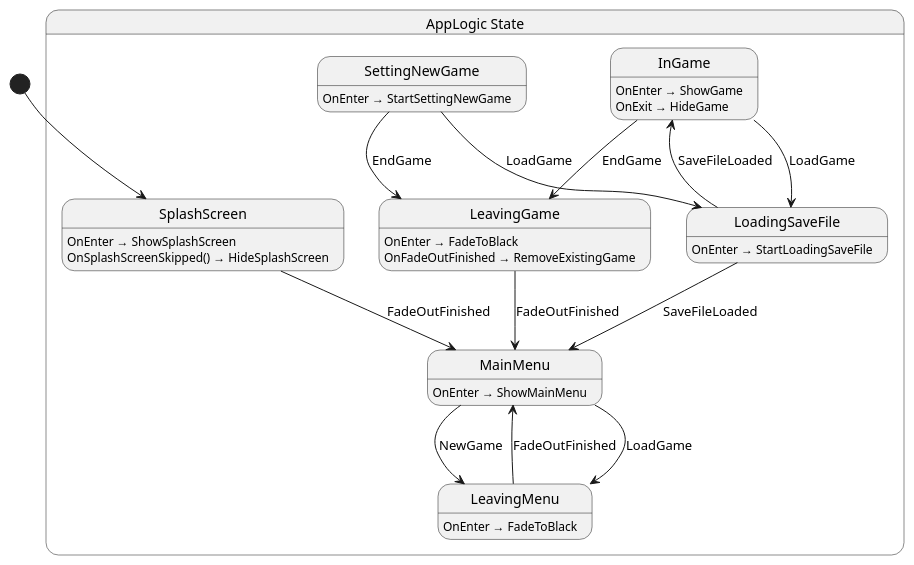
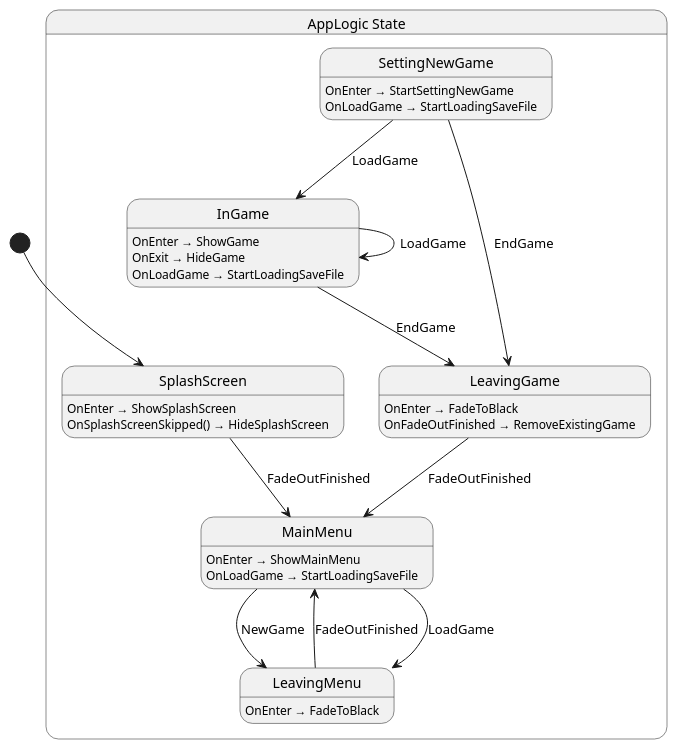
One commit to L-Bromine/Nanomachine changed the diagram in src/app/state/AppLogic.g.puml. Above: the diagram before and after it, drawn with PlantUML. The commit also changed 9 other files, not shown here.

First line of the commit message:
Refactor save file loading state logic

```diff
--- a/src/app/state/AppLogic.g.puml
+++ b/src/app/state/AppLogic.g.puml
@@ -1,36 +1,35 @@
 @startuml AppLogic
 state "AppLogic State" as Nanomachine_AppLogic_State {
   state "InGame" as Nanomachine_AppLogic_State_InGame
   state "LeavingGame" as Nanomachine_AppLogic_State_LeavingGame
   state "LeavingMenu" as Nanomachine_AppLogic_State_LeavingMenu
-  state "LoadingSaveFile" as Nanomachine_AppLogic_State_LoadingSaveFile
   state "MainMenu" as Nanomachine_AppLogic_State_MainMenu
   state "SettingNewGame" as Nanomachine_AppLogic_State_SettingNewGame
   state "SplashScreen" as Nanomachine_AppLogic_State_SplashScreen
 }
 
+Nanomachine_AppLogic_State_InGame --> Nanomachine_AppLogic_State_InGame : LoadGame
 Nanomachine_AppLogic_State_InGame --> Nanomachine_AppLogic_State_LeavingGame : EndGame
-Nanomachine_AppLogic_State_InGame --> Nanomachine_AppLogic_State_LoadingSaveFile : LoadGame
 Nanomachine_AppLogic_State_LeavingGame --> Nanomachine_AppLogic_State_MainMenu : FadeOutFinished
 Nanomachine_AppLogic_State_LeavingMenu --> Nanomachine_AppLogic_State_MainMenu : FadeOutFinished
-Nanomachine_AppLogic_State_LoadingSaveFile --> Nanomachine_AppLogic_State_InGame : SaveFileLoaded
-Nanomachine_AppLogic_State_LoadingSaveFile --> Nanomachine_AppLogic_State_MainMenu : SaveFileLoaded
 Nanomachine_AppLogic_State_MainMenu --> Nanomachine_AppLogic_State_LeavingMenu : LoadGame
 Nanomachine_AppLogic_State_MainMenu --> Nanomachine_AppLogic_State_LeavingMenu : NewGame
+Nanomachine_AppLogic_State_SettingNewGame --> Nanomachine_AppLogic_State_InGame : LoadGame
 Nanomachine_AppLogic_State_SettingNewGame --> Nanomachine_AppLogic_State_LeavingGame : EndGame
-Nanomachine_AppLogic_State_SettingNewGame --> Nanomachine_AppLogic_State_LoadingSaveFile : LoadGame
 Nanomachine_AppLogic_State_SplashScreen --> Nanomachine_AppLogic_State_MainMenu : FadeOutFinished
 
 Nanomachine_AppLogic_State_InGame : OnEnter → ShowGame
 Nanomachine_AppLogic_State_InGame : OnExit → HideGame
+Nanomachine_AppLogic_State_InGame : OnLoadGame → StartLoadingSaveFile
 Nanomachine_AppLogic_State_LeavingGame : OnEnter → FadeToBlack
 Nanomachine_AppLogic_State_LeavingGame : OnFadeOutFinished → RemoveExistingGame
 Nanomachine_AppLogic_State_LeavingMenu : OnEnter → FadeToBlack
-Nanomachine_AppLogic_State_LoadingSaveFile : OnEnter → StartLoadingSaveFile
 Nanomachine_AppLogic_State_MainMenu : OnEnter → ShowMainMenu
+Nanomachine_AppLogic_State_MainMenu : OnLoadGame → StartLoadingSaveFile
 Nanomachine_AppLogic_State_SettingNewGame : OnEnter → StartSettingNewGame
+Nanomachine_AppLogic_State_SettingNewGame : OnLoadGame → StartLoadingSaveFile
 Nanomachine_AppLogic_State_SplashScreen : OnEnter → ShowSplashScreen
 Nanomachine_AppLogic_State_SplashScreen : OnSplashScreenSkipped() → HideSplashScreen
 
 [*] --> Nanomachine_AppLogic_State_SplashScreen
 @enduml
```
